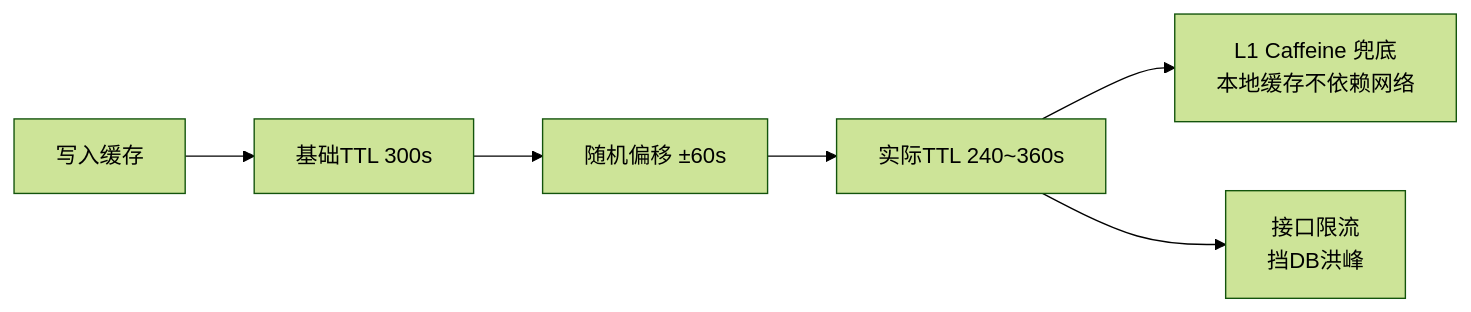
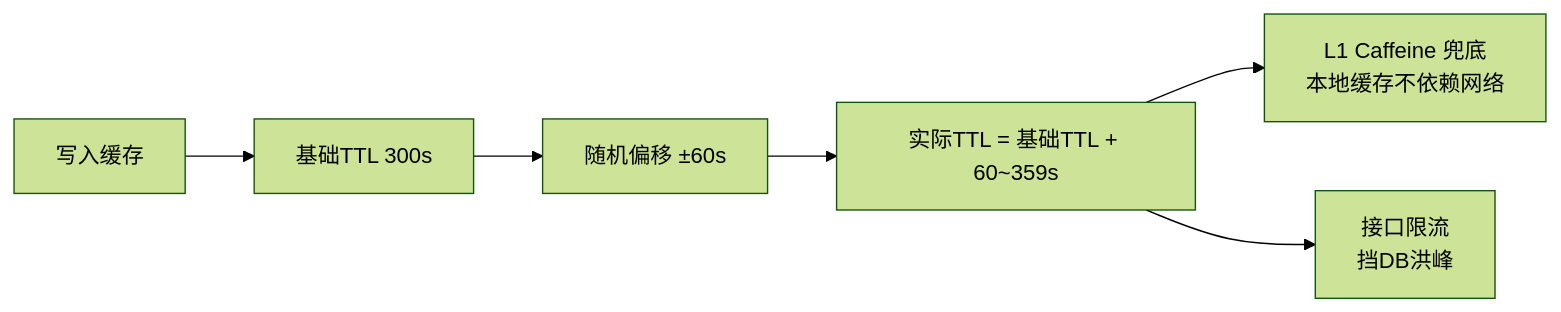
The sixth of 12 diagrams in docs/架构设计.md (wangn-tech/movie-seckill), drawn with Mermaid (forest theme) before and after one commit. The commit also changed other lines of this file and 6 other files, not shown here.

Commit message:
docs: synchronize demo architecture and measured verification

````diff
--- a/docs/架构设计.md
+++ b/docs/架构设计.md
@@ -215,10 +215,10 @@
 ```mermaid
 graph LR
     SET[写入缓存] --> TTL[基础TTL 300s]
     TTL --> RAND[随机偏移 ±60s]
-    RAND --> FINAL[实际TTL 240~360s]
+    RAND --> FINAL[实际TTL = 基础TTL + 60~359s]
     L1[L1 Caffeine 兜底<br/>本地缓存不依赖网络]
     RATE[接口限流<br/>挡DB洪峰]
     FINAL --> L1
     FINAL --> RATE
 ```
````
